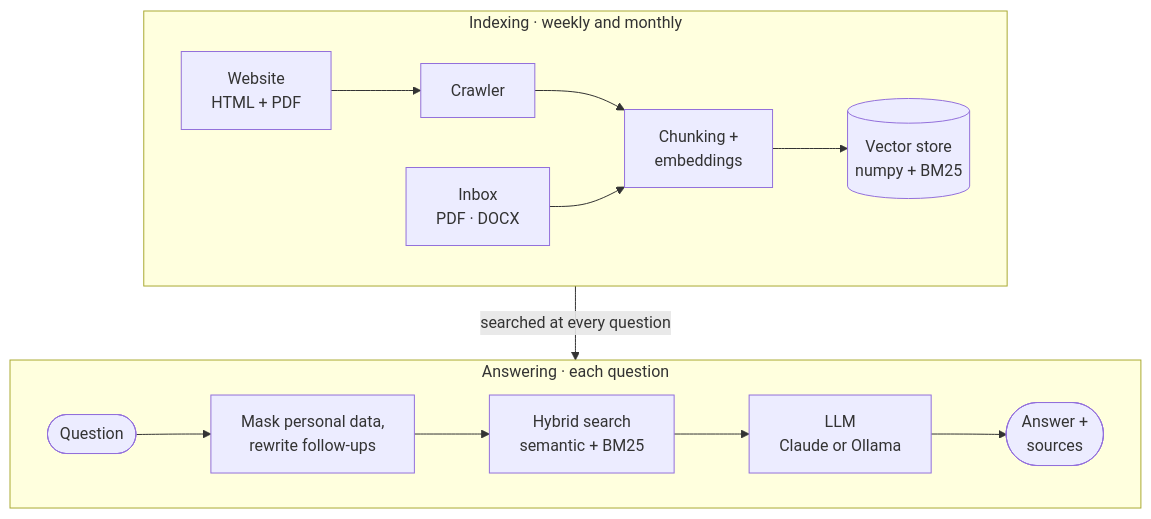
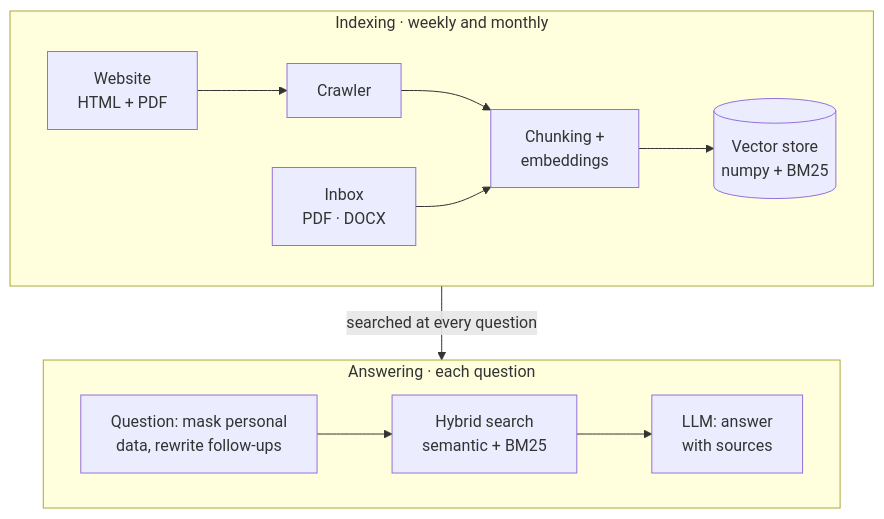
The diagram in README.md (Antonio-Prado/zautte), drawn with Mermaid before and after one commit.

Commit message:
docs(readme): diagramma più compatto, l'ultima riga non finisce sotto i pulsanti di zoom di GitHub

````diff
--- a/README.md
+++ b/README.md
@@ -53,13 +53,13 @@
 ```mermaid
 flowchart TB
     subgraph IDX["Indexing · weekly and monthly"]
         direction LR
         site["Website<br/>HTML + PDF"] --> crawler["Crawler"] --> indexer["Chunking +<br/>embeddings"] --> store[("Vector store<br/>numpy + BM25")]
         inbox["Inbox<br/>PDF · DOCX"] --> indexer
     end
     subgraph ANS["Answering · each question"]
         direction LR
-        q(["Question"]) --> prep["Mask personal data,<br/>rewrite follow-ups"] --> search["Hybrid search<br/>semantic + BM25"] --> llm["LLM<br/>Claude or Ollama"] --> a(["Answer +<br/>sources"])
+        prep["Question: mask personal<br/>data, rewrite follow-ups"] --> search["Hybrid search<br/>semantic + BM25"] --> llm["LLM: answer<br/>with sources"]
     end
     IDX -- "searched at every question" --> ANS
 ```
````
